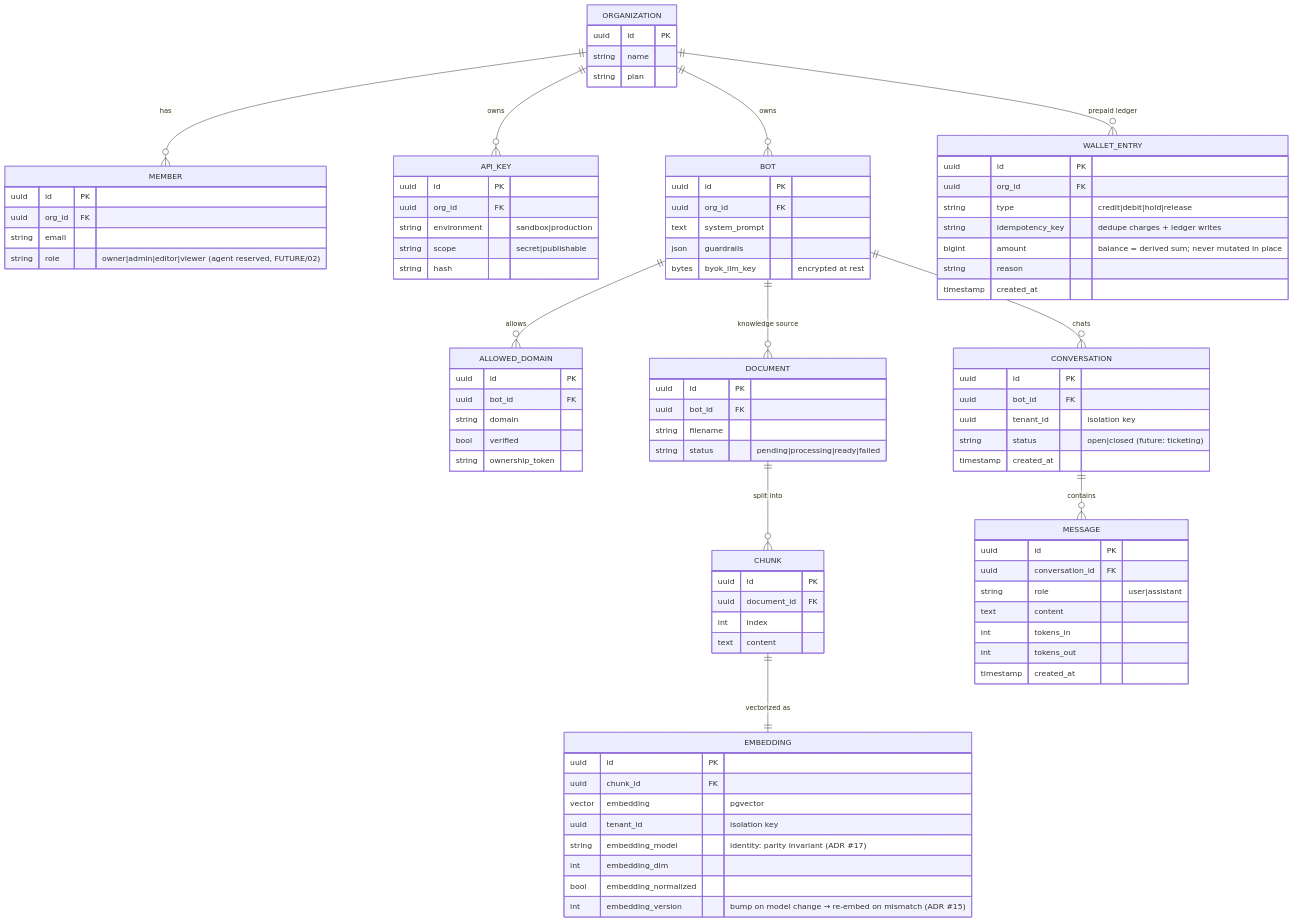
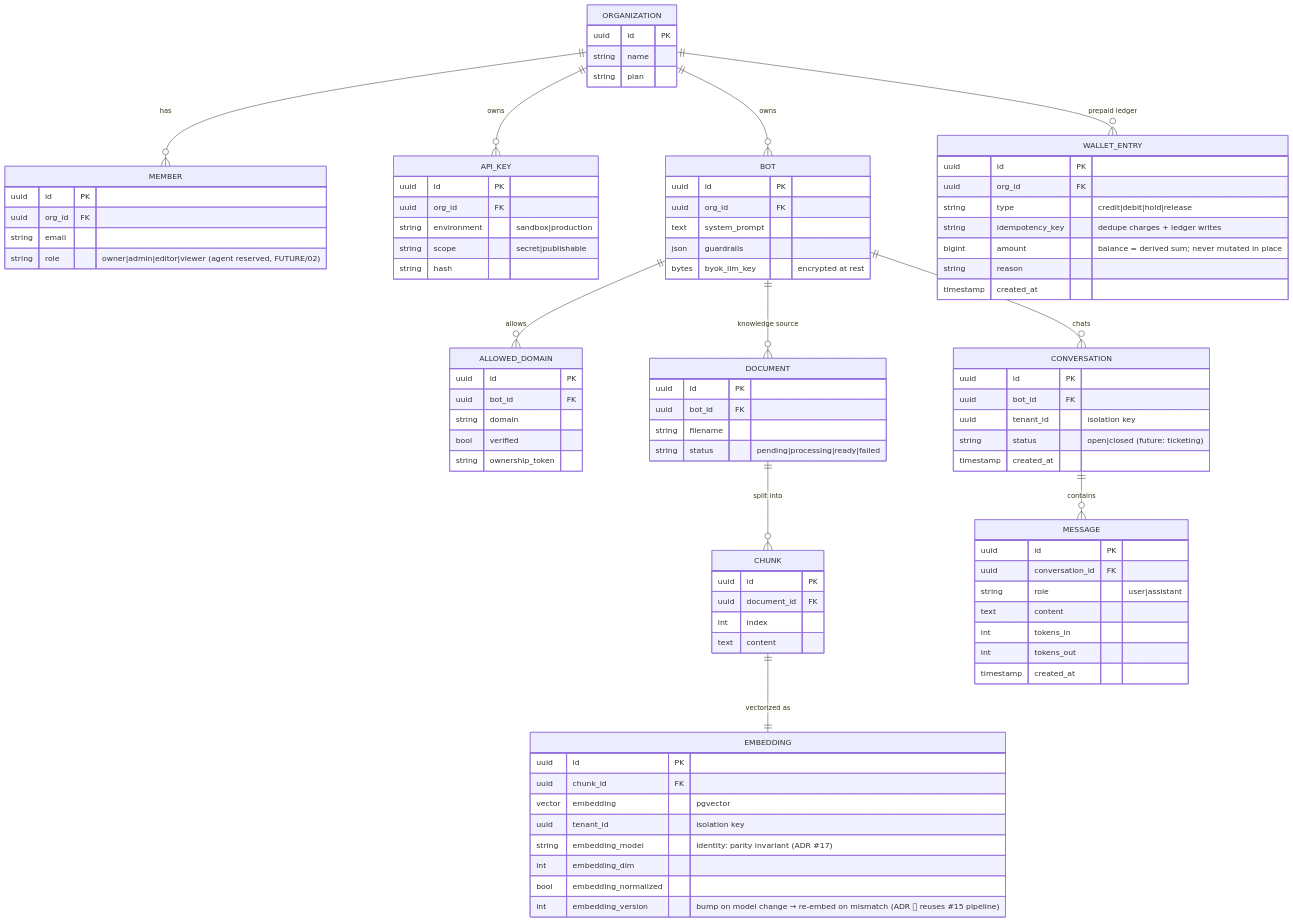
The second of 6 diagrams in @todo/SAAS-CHATBOT/ARCHITECTURE.md (gabemule/ai-tests), drawn with Mermaid before and after one commit. The commit also changed other lines of this file and 10 other files, not shown here.

```diff
--- a/@todo/SAAS-CHATBOT/ARCHITECTURE.md
+++ b/@todo/SAAS-CHATBOT/ARCHITECTURE.md
@@ -169,7 +169,7 @@
         string embedding_model "identity: parity invariant (ADR #17)"
         int embedding_dim
         bool embedding_normalized
-        int embedding_version "bump on model change → re-embed on mismatch (ADR #15)"
+        int embedding_version "bump on model change → re-embed on mismatch (ADR #17; reuses #15 pipeline)"
     }
     CONVERSATION {
         uuid id PK
```
